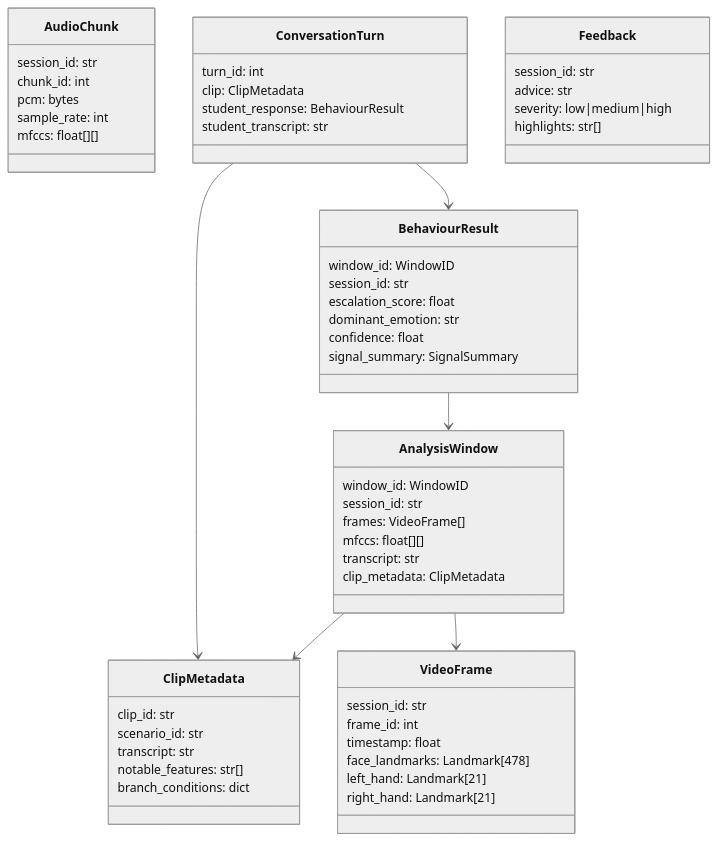
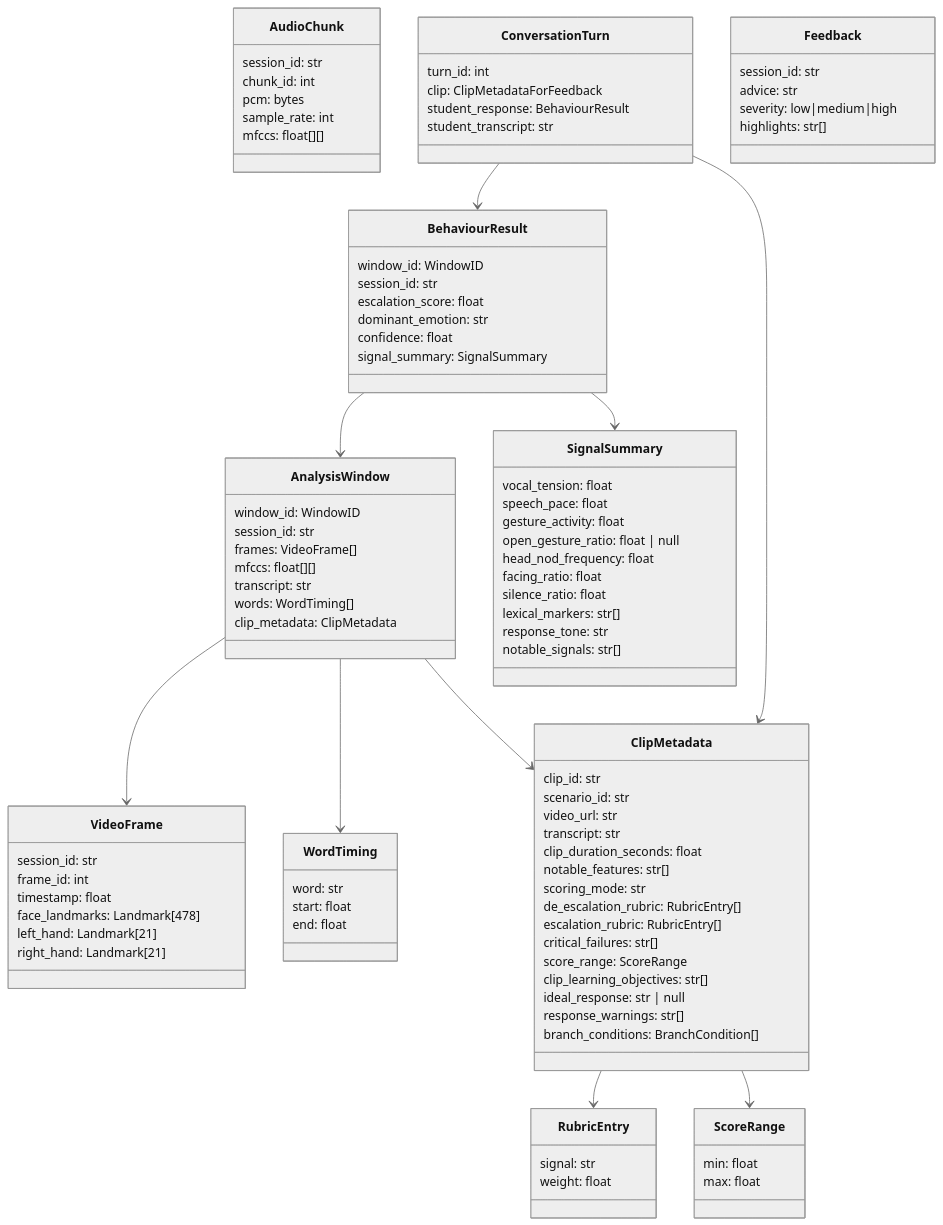
The third of 4 diagrams in docs/architecture.md (Team-Education-Futures-Lab/Agression_Trainer), drawn with Mermaid (neutral theme) before and after one commit. The commit also changed other lines of this file and 49 other files, not shown here.

Commit message:
Update evaluation container to have an ai-less evaluation implementation, update api-endpoints to send more detailed feedback to the client when in admin mode

````diff
--- a/docs/architecture.md
+++ b/docs/architecture.md
@@ -83,12 +193,19 @@
         mfccs: float[][]
     }
 
+    class WordTiming {
+        word: str
+        start: float
+        end: float
+    }
+
     class AnalysisWindow {
         window_id: WindowID
         session_id: str
         frames: VideoFrame[]
         mfccs: float[][]
         transcript: str
+        words: WordTiming[]
         clip_metadata: ClipMetadata
     }
 
@@ -101,9 +218,22 @@
         signal_summary: SignalSummary
     }
 
+    class SignalSummary {
+        vocal_tension: float
+        speech_pace: float
+        gesture_activity: float
+        open_gesture_ratio: float | null
+        head_nod_frequency: float
+        facing_ratio: float
+        silence_ratio: float
+        lexical_markers: str[]
+        response_tone: str
+        notable_signals: str[]
+    }
+
     class ConversationTurn {
         turn_id: int
-        clip: ClipMetadata
+        clip: ClipMetadataForFeedback
         student_response: BehaviourResult
         student_transcript: str
     }
@@ -111,9 +241,29 @@
     class ClipMetadata {
         clip_id: str
         scenario_id: str
+        video_url: str
         transcript: str
+        clip_duration_seconds: float
         notable_features: str[]
-        branch_conditions: dict
+        scoring_mode: str
+        de_escalation_rubric: RubricEntry[]
+        escalation_rubric: RubricEntry[]
+        critical_failures: str[]
+        score_range: ScoreRange
+        clip_learning_objectives: str[]
+        ideal_response: str | null
+        response_warnings: str[]
+        branch_conditions: BranchCondition[]
+    }
+
+    class RubricEntry {
+        signal: str
+        weight: float
+    }
+
+    class ScoreRange {
+        min: float
+        max: float
     }
 
     class Feedback {
@@ -125,7 +275,11 @@
 
     AnalysisWindow --> ClipMetadata
     AnalysisWindow --> VideoFrame
+    AnalysisWindow --> WordTiming
+    BehaviourResult --> SignalSummary
     BehaviourResult --> AnalysisWindow
     ConversationTurn --> ClipMetadata
     ConversationTurn --> BehaviourResult
+    ClipMetadata --> RubricEntry
+    ClipMetadata --> ScoreRange
 ```
````
